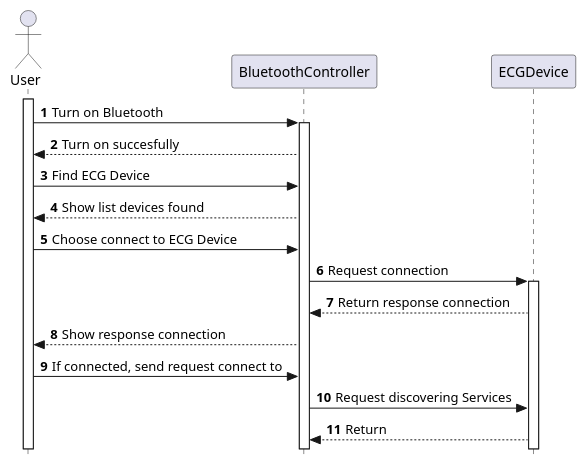
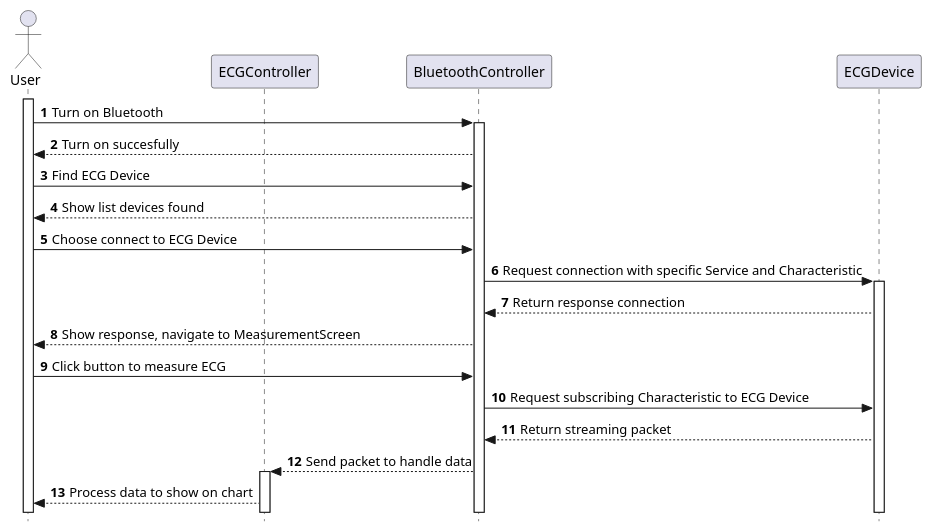
One commit to techcomrade/fmECG changed the diagram in diagram/sequence/mobile_app/design_connect_and_receive_ECG_data.pu. Above: the diagram before and after it, drawn with PlantUML. The commit also changed 6 other files, not shown here.

```diff
--- a/diagram/sequence/mobile_app/design_connect_and_receive_ECG_data.pu
+++ b/diagram/sequence/mobile_app/design_connect_and_receive_ECG_data.pu
@@ -2,74 +2,43 @@
 @startuml
 
 
 skinparam style strictuml
 
 ' skinparam lifelineStrategy solid
 
 ' skinparam ParticipantPadding 20
 
 ' skinparam BoxPadding 10
 
 autonumber
 
 actor User as User
 
 
-' box "controller" #LightGoldenRodYellow
+
+participant ECGController as ECGController
 participant BluetoothController as BluetoothController
-' end box
 
-' box "storage" #lightBlue
 participant ECGDevice as ECGDevice
 
-' end box
-
-' activate User
 activate User
 User -> BluetoothController: Turn on Bluetooth
 activate BluetoothController
 BluetoothController --> User: Turn on succesfully
 User -> BluetoothController: Find ECG Device
 BluetoothController --> User: Show list devices found
 User -> BluetoothController: Choose connect to ECG Device
 
-BluetoothController -> ECGDevice: Request connection
+BluetoothController -> ECGDevice: Request connection with specific Service and Characteristic
 activate ECGDevice
 ECGDevice --> BluetoothController: Return response connection
-BluetoothController --> User: Show response connection
+BluetoothController --> User: Show response, navigate to MeasurementScreen
 
-User -> BluetoothController: If connected, send request connect to
-BluetoothController -> ECGDevice: Request discovering Services
-ECGDevice --> BluetoothController: Return 
-
-
-
-' User -> AuthProvider: Open mobile app
-' activate AuthProvider
-' AuthProvider -> LocalStorage: Get login user information
-' activate LocalStorage
-
-' alt Login user information existed
-' LocalStorage --> AuthProvider: Return having information in local storage
-' AuthProvider --> User: Navigate to HomeScreen
-
-' else Login user information not existed
-' LocalStorage --> AuthProvider: Return no information
-' AuthProvider --> User: Show login view
-
-' User -> AuthProvider: Submit email, password
-' AuthProvider -> AuthProvider: Validate with data on server
-
-'   alt Data existed
-'   AuthProvider -> LocalStorage: Save data login
-'   LocalStorage --> AuthProvider: Save data succesfully
-'   deactivate LocalStorage
-'   AuthProvider --> User: Navigate to HomeScreen
-'   else Data not existed
-'   AuthProvider --> User: Submit correct email, password again
-'   deactivate AuthProvider
-'   end
-
-' end
+User -> BluetoothController: Click button to measure ECG
+BluetoothController -> ECGDevice: Request subscribing Characteristic to ECG Device
+ECGDevice --> BluetoothController: Return streaming packet
+BluetoothController --> ECGController: Send packet to handle data
+activate ECGController
+ECGController --> User: Process data to show on chart
 
 @enduml
```
